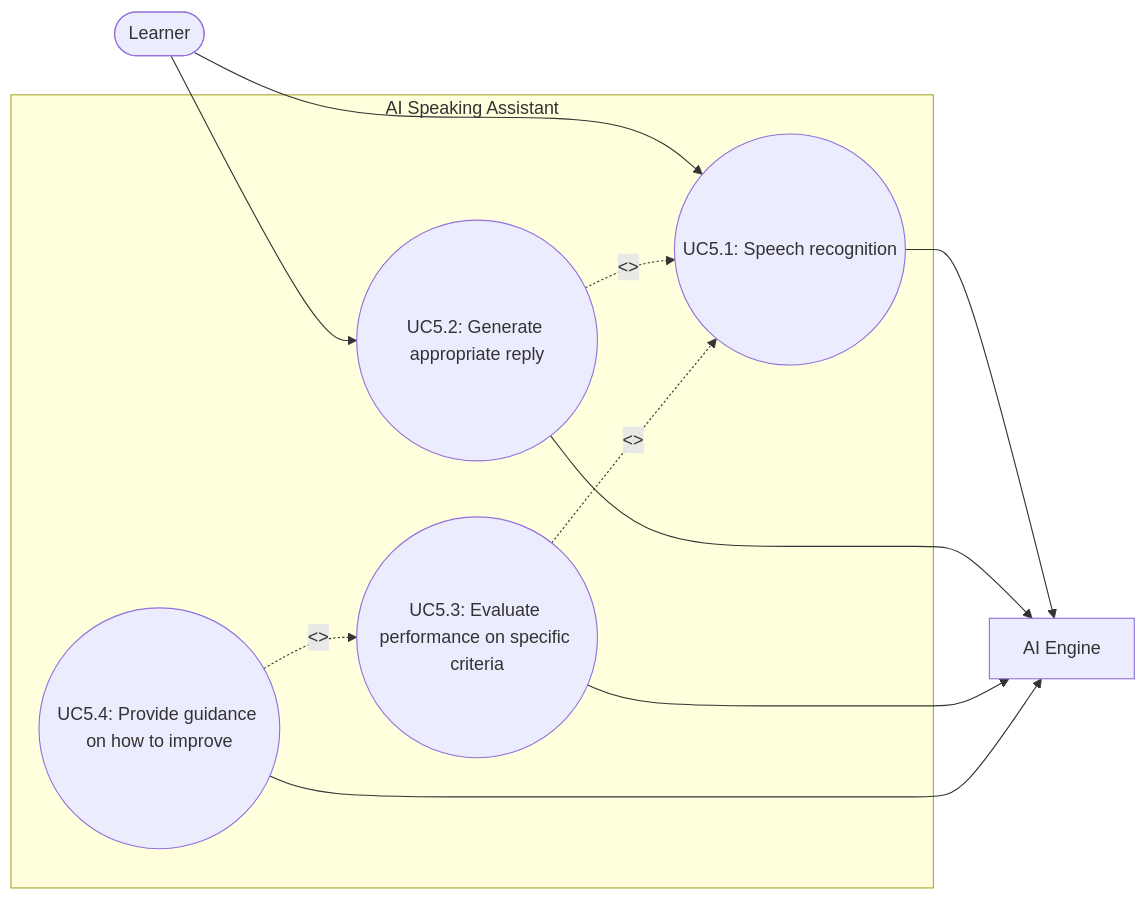
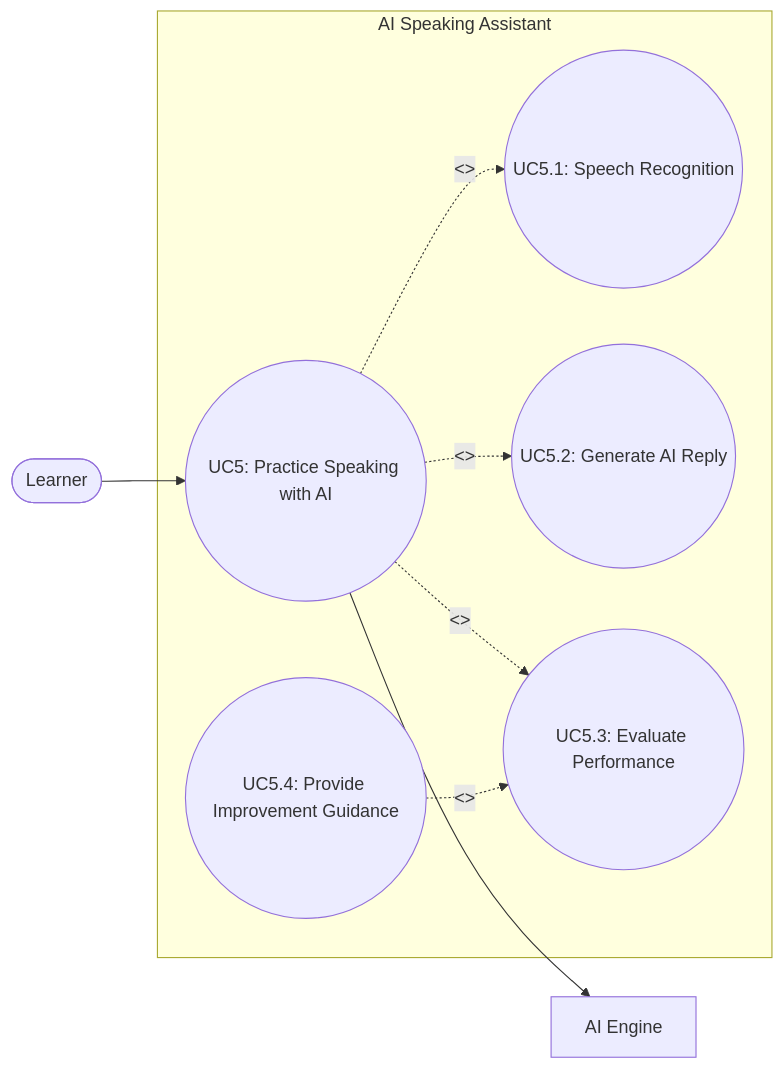
The fifth of 5 diagrams in submission/PA3-Group09/report.md (mthupham/STUDIFY), drawn with Mermaid before and after one commit. The commit also changed 9 other files, not shown here.

````diff
--- a/submission/PA3-Group09/report.md
+++ b/submission/PA3-Group09/report.md
@@ -240,29 +240,29 @@
 ``` mermaid
 flowchart LR
     %% Actors
     Learner(["Learner"])
     AI["AI Engine"]
 
     %% System Boundary
     subgraph AI_Speaking_Assistant ["AI Speaking Assistant"]
-        UC51(("UC5.1: Speech recognition"))
-        UC52(("UC5.2: Generate appropriate reply"))
-        UC53(("UC5.3: Evaluate performance on specific criteria"))
-        UC54(("UC5.4: Provide guidance on how to improve"))
+        UC5(("UC5: Practice Speaking with AI"))
+        UC51(("UC5.1: Speech Recognition"))
+        UC52(("UC5.2: Generate AI Reply"))
+        UC53(("UC5.3: Evaluate Performance"))
+        UC54(("UC5.4: Provide Improvement Guidance"))
     end
 
-    %% Primary Interactions
-    Learner --> UC51
-    Learner --> UC52
+    %% Primary Actor Interactions
+    Learner --> UC5
 
-    %% Relationships
-    UC52 -. "<<include>>" .-> UC51
-    UC53 -. "<<include>>" .-> UC51
+    %% Include Relationships 
+    UC5 -. "<<include>>" .-> UC51
+    UC5 -. "<<include>>" .-> UC52
+    UC5 -. "<<include>>" .-> UC53
+
+    %% Extend Relationship 
     UC54 -. "<<extend>>" .-> UC53
 
     %% Secondary Actor Interactions
-    UC51 --> AI
-    UC52 --> AI
-    UC53 --> AI
-    UC54 --> AI
+    UC5 --> AI
 ```
````
